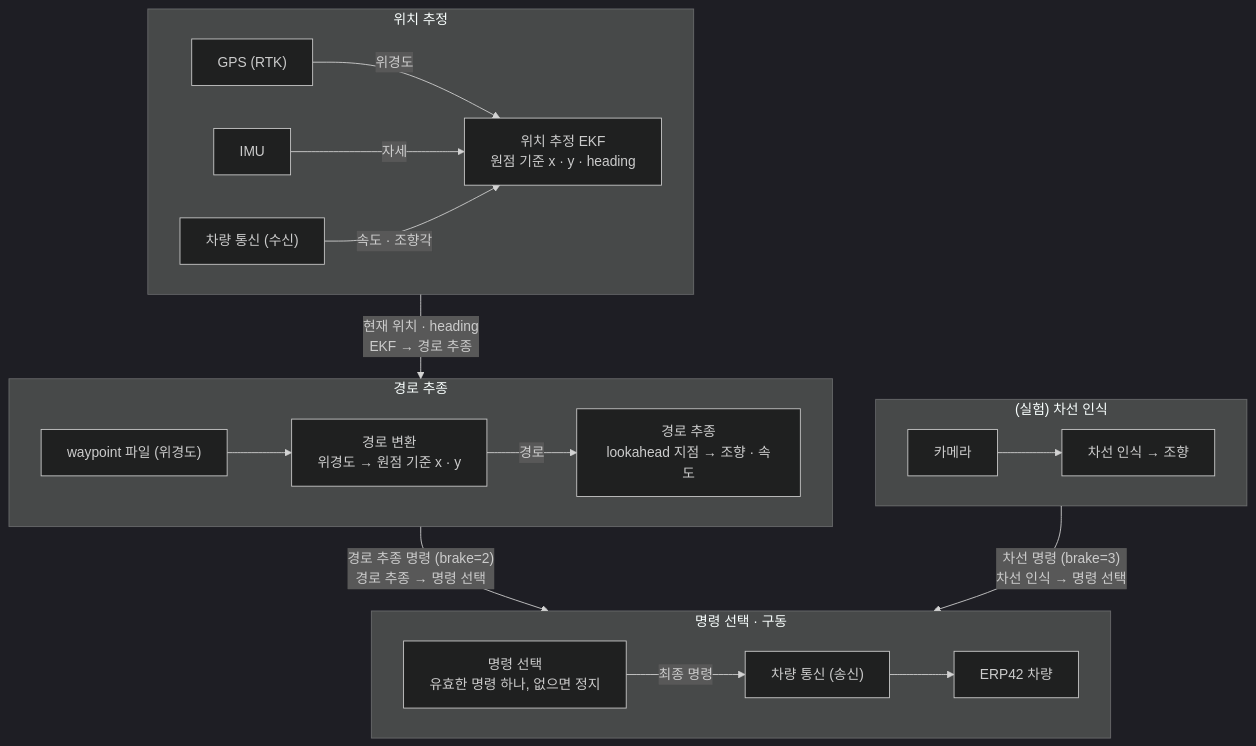
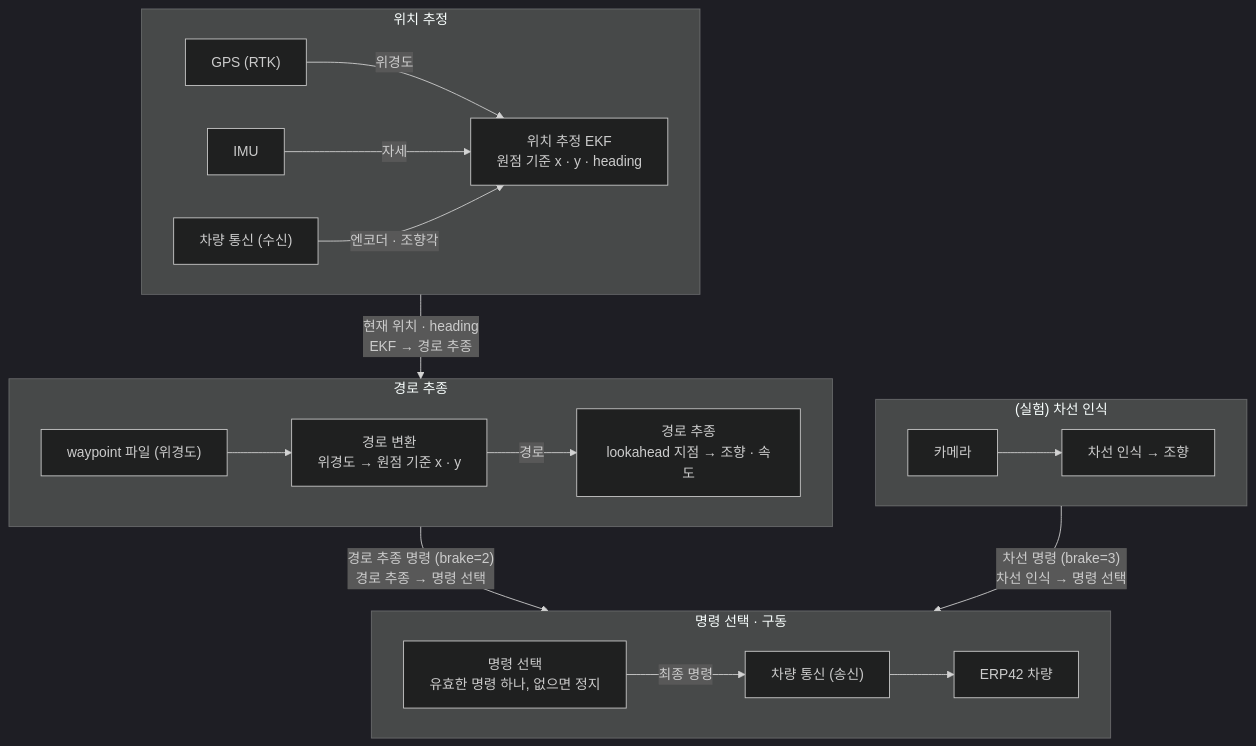
Before and after one commit to gwanhuiGIM/Erp42_ws: the diagram in README.md, drawn with Mermaid (dark theme). The commit also changed other lines of this file, not shown here.

Commit message:
README: 교차검증 반영 — 구성도·표를 코드 연결에 맞게 정정

````diff
--- a/README.md
+++ b/README.md
@@ -107,24 +107,24 @@
 ```mermaid
 flowchart TB
     subgraph LOC["위치 추정"]
         direction LR
         GPS["GPS (RTK)"] -->|"위경도"| EKF
         IMU["IMU"] -->|"자세"| EKF
-        SER_IN["차량 통신 (수신)"] -->|"속도 · 조향각"| EKF["위치 추정 EKF<br/>원점 기준 x · y · heading"]
+        SER_IN["차량 통신 (수신)"] -->|"엔코더 · 조향각"| EKF["위치 추정 EKF<br/>원점 기준 x · y · heading"]
     end
     subgraph TRACK["경로 추종"]
         direction LR
         XLS["waypoint 파일 (위경도)"] --> WP["경로 변환<br/>위경도 → 원점 기준 x · y"] -->|"경로"| PT["경로 추종<br/>lookahead 지점 → 조향 · 속도"]
     end
     subgraph LANE["(실험) 차선 인식"]
         direction LR
         CAMERA["카메라"] --> LD["차선 인식 → 조향"]
     end
     subgraph ACT["명령 선택 · 구동"]
         direction LR
         CTRL["명령 선택<br/>유효한 명령 하나, 없으면 정지"] -->|"최종 명령"| SER_OUT["차량 통신 (송신)"] --> ERP["ERP42 차량"]
     end
     LOC -->|"현재 위치 · heading<br/>EKF → 경로 추종"| TRACK
     TRACK -->|"경로 추종 명령 (brake=2)<br/>경로 추종 → 명령 선택"| ACT
     LANE -->|"차선 명령 (brake=3)<br/>차선 인식 → 명령 선택"| ACT
 ```
````
